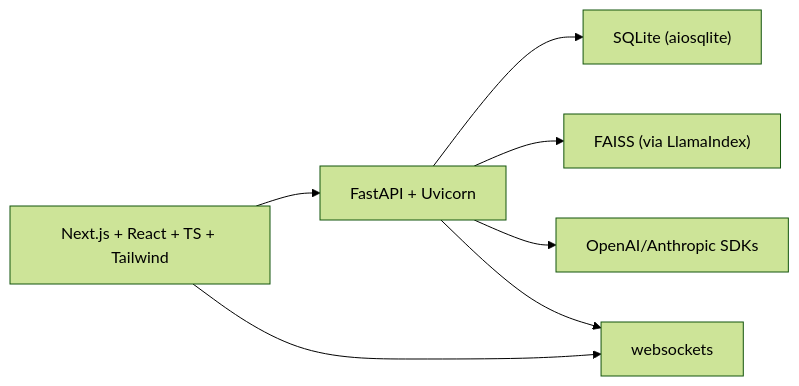
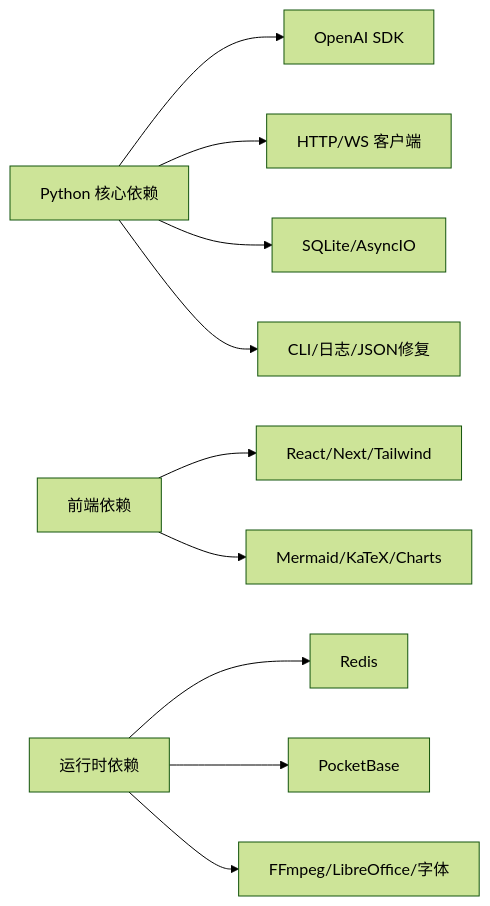
One commit to gongzili456/DeepTutor changed the eighth of 8 diagrams in .qoder/repowiki/zh/content/项目概述/技术栈概览.md. Above: the diagram before and after it, drawn with Mermaid (forest theme). The commit also changed other lines of this file and 1242 other files, not shown here.

````diff
--- a/.qoder/repowiki/zh/content/项目概述/技术栈概览.md
+++ b/.qoder/repowiki/zh/content/项目概述/技术栈概览.md
@@ -303,9 +312,12 @@
 ```mermaid
 graph LR
-FE["Next.js + React + TS + Tailwind"] --> API["FastAPI + Uvicorn"]
-API --> DB["SQLite (aiosqlite)"]
-API --> VEC["FAISS (via LlamaIndex)"]
-API --> LLM["OpenAI/Anthropic SDKs"]
-API --> WS["websockets"]
-FE --> WS
+Core["Python 核心依赖"] --> LLM["OpenAI SDK"]
+Core --> WebIO["HTTP/WS 客户端"]
+Core --> Data["SQLite/AsyncIO"]
+Core --> Tools["CLI/日志/JSON修复"]
+FE["前端依赖"] --> UI["React/Next/Tailwind"]
+FE --> Viz["Mermaid/KaTeX/Charts"]
+Infra["运行时依赖"] --> Cache["Redis"]
+Infra --> Auth["PocketBase"]
+Infra --> Media["FFmpeg/LibreOffice/字体"]
 ```
````
